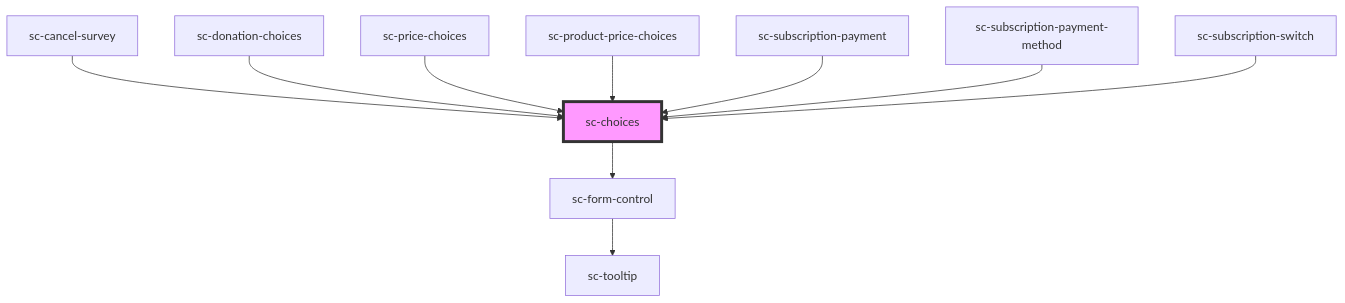
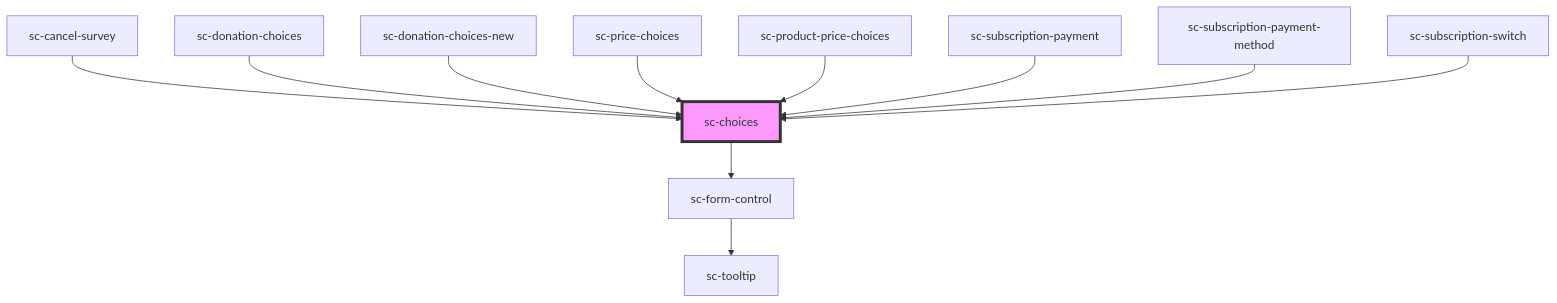
The diagram in packages/components/src/components/ui/choices/readme.md (surecart/surecart-wp-plugin), drawn with Mermaid before and after one commit. The commit also changed other lines of this file and 22 other files, not shown here.

````diff
--- a/packages/components/src/components/ui/choices/readme.md
+++ b/packages/components/src/components/ui/choices/readme.md
@@ -64,13 +65,14 @@
 ```mermaid
 graph TD;
   sc-choices --> sc-form-control
   sc-form-control --> sc-tooltip
   sc-cancel-survey --> sc-choices
   sc-donation-choices --> sc-choices
+  sc-donation-choices-new --> sc-choices
   sc-price-choices --> sc-choices
   sc-product-price-choices --> sc-choices
   sc-subscription-payment --> sc-choices
   sc-subscription-payment-method --> sc-choices
   sc-subscription-switch --> sc-choices
   style sc-choices fill:#f9f,stroke:#333,stroke-width:4px
 ```
````
